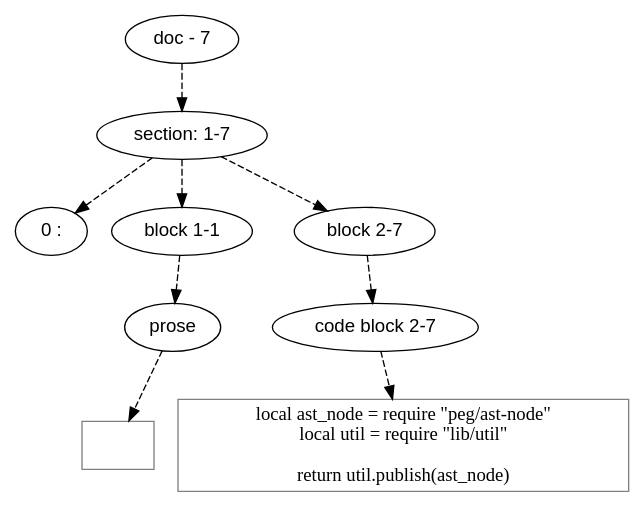
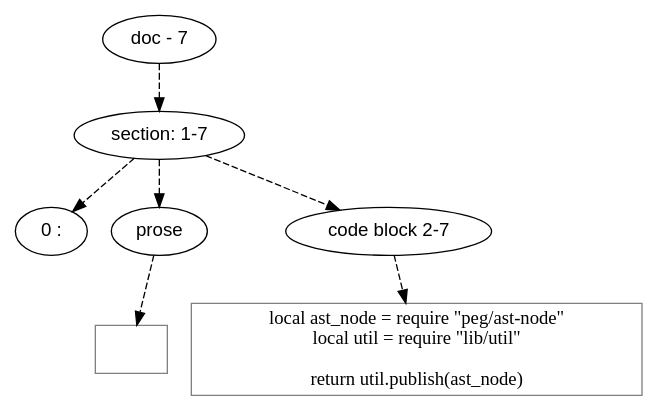
One commit to mnemnion/orb changed the diagram in doc/dot/peg/ast.dot. Above: the diagram before and after it, drawn with Graphviz. The commit also changed 117 other files, not shown here.

```diff
--- a/doc/dot/peg/ast.dot
+++ b/doc/dot/peg/ast.dot
@@ -1,45 +1,33 @@
 digraph hierarchy {
 
 node [fontname=Helvetica]
 edge [style=dashed]
 
 doc_0 [label="doc - 7"]
 
 
 doc_0 -> { section_1}
 {rank=same; section_1}
 
 section_1 [label="section: 1-7"]
 
 
-section_1 -> { header_2 block_3 block_4}
-{rank=same; header_2 block_3 block_4}
+section_1 -> { header_2 prose_3 codeblock_4}
+{rank=same; header_2 prose_3 codeblock_4}
 
 header_2 [label="0 : "]
 
-block_3 [label="block 1-1"]
+prose_3 [label="prose"]
 
-block_4 [label="block 2-7"]
+codeblock_4 [label="code block 2-7"]
 
 
-block_3 -> { prose_5}
-{rank=same; prose_5}
-
-prose_5 [label="prose"]
-
-
-prose_5 -> leaf_6
-leaf_6  [color=Gray,shape=rectangle,fontname=Inconsolata,label=""]
-block_4 -> { codeblock_7}
-{rank=same; codeblock_7}
-
-codeblock_7 [label="code block 2-7"]
-
-
-codeblock_7 -> leaf_8
-leaf_8  [color=Gray,shape=rectangle,fontname=Inconsolata,label="local ast_node = require \"peg/ast-node\"
+prose_3 -> leaf_5
+leaf_5  [color=Gray,shape=rectangle,fontname=Inconsolata,label=""]
+codeblock_4 -> leaf_6
+leaf_6  [color=Gray,shape=rectangle,fontname=Inconsolata,label="local ast_node = require \"peg/ast-node\"
 local util = require \"lib/util\"
 
 return util.publish(ast_node)"]
 
 }
```
